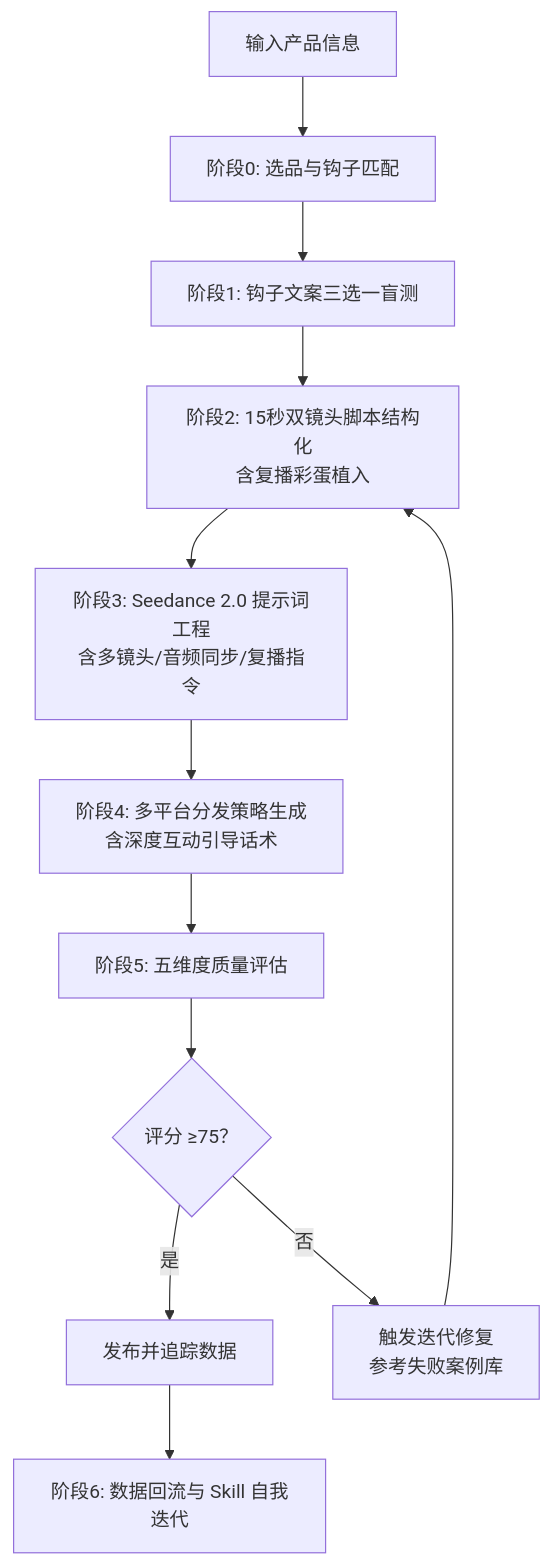
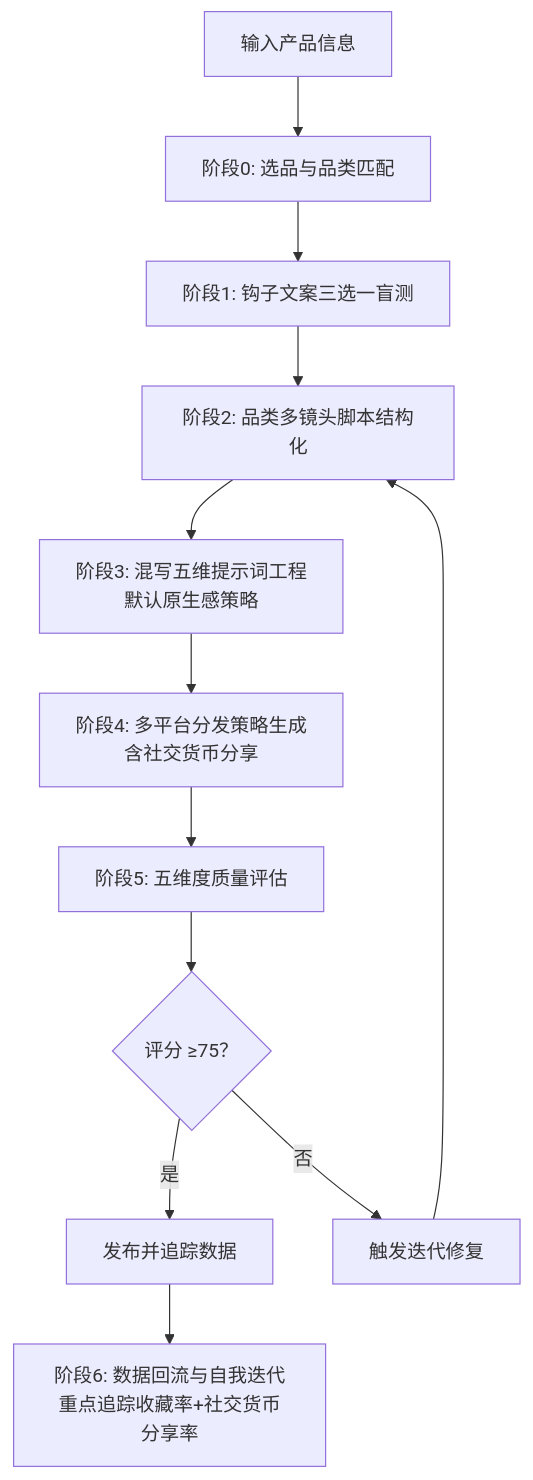
One commit to qq547820639/tiktok-ad-video-skill changed the diagram in README.md. Above: the diagram before and after it, drawn with Mermaid. The commit also changed other lines of this file, not shown here.

````diff
--- a/README.md
+++ b/README.md
@@ -152,14 +145,14 @@
 ```mermaid
 graph TD
-    A[输入产品信息] --> B[阶段0: 选品与钩子匹配]
+    A[输入产品信息] --> B[阶段0: 选品与品类匹配]
     B --> C[阶段1: 钩子文案三选一盲测]
-    C --> D[阶段2: 15秒双镜头脚本结构化<br/>含复播彩蛋植入]
-    D --> E[阶段3: Seedance 2.0 提示词工程<br/>含多镜头/音频同步/复播指令]
-    E --> F[阶段4: 多平台分发策略生成<br/>含深度互动引导话术]
+    C --> D[阶段2: 品类多镜头脚本结构化]
+    D --> E[阶段3: 混写五维提示词工程<br/>默认原生感策略]
+    E --> F[阶段4: 多平台分发策略生成<br/>含社交货币分享]
     F --> G[阶段5: 五维度质量评估]
     G --> H{评分 ≥75？}
     H -->|是| I[发布并追踪数据]
-    H -->|否| J[触发迭代修复<br/>参考失败案例库]
-    I --> K[阶段6: 数据回流与 Skill 自我迭代]
+    H -->|否| J[触发迭代修复]
+    I --> K[阶段6: 数据回流与自我迭代<br/>重点追踪收藏率+社交货币分享率]
     J --> D
 ```
````
